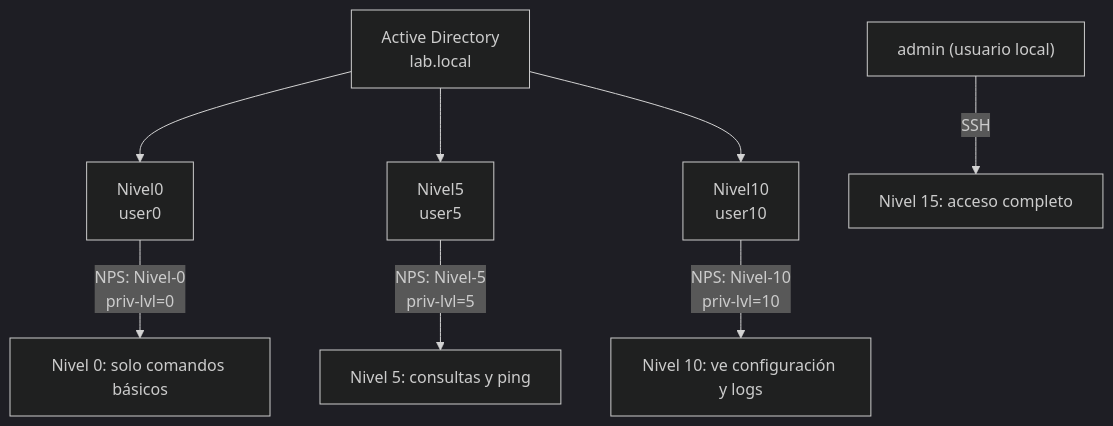
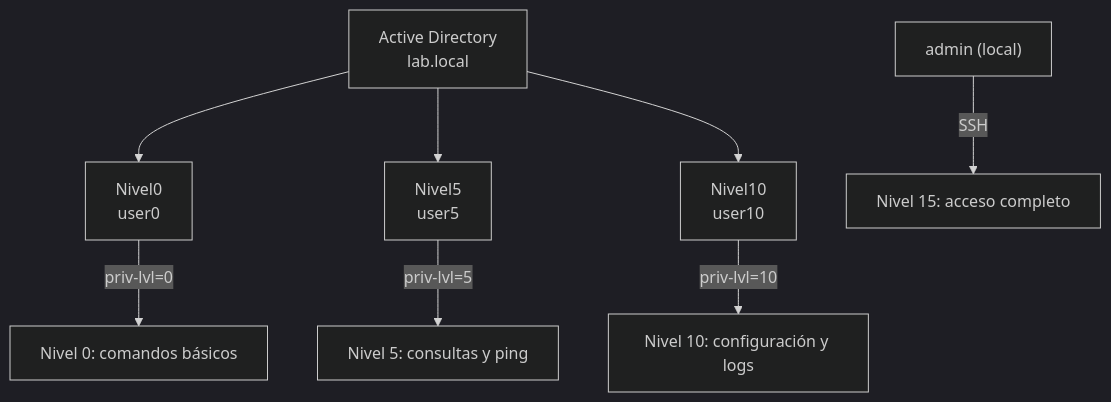
The third of 3 diagrams in README.md (sebas533/Asiganacion-2), drawn with Mermaid (dark theme) before and after one commit. The commit also changed other lines of this file, not shown here.

````diff
--- a/README.md
+++ b/README.md
@@ -126,10 +102,10 @@
 ```mermaid
 flowchart TB
     AD["Active Directory<br/>lab.local"] --> G0["Nivel0<br/>user0"]
     AD --> G5["Nivel5<br/>user5"]
     AD --> G10["Nivel10<br/>user10"]
-    G0 -- "NPS: Nivel-0<br/>priv-lvl=0" --> L0["Nivel 0: solo comandos básicos"]
-    G5 -- "NPS: Nivel-5<br/>priv-lvl=5" --> L5["Nivel 5: consultas y ping"]
-    G10 -- "NPS: Nivel-10<br/>priv-lvl=10" --> L10["Nivel 10: ve configuración y logs"]
-    LOCAL["admin (usuario local)"] -- "SSH" --> L15["Nivel 15: acceso completo"]
+    G0 -- "priv-lvl=0" --> L0["Nivel 0: comandos básicos"]
+    G5 -- "priv-lvl=5" --> L5["Nivel 5: consultas y ping"]
+    G10 -- "priv-lvl=10" --> L10["Nivel 10: configuración y logs"]
+    LOCAL["admin (local)"] -- "SSH" --> L15["Nivel 15: acceso completo"]
 ```
````
